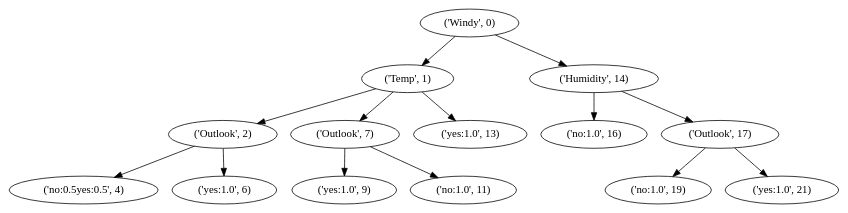
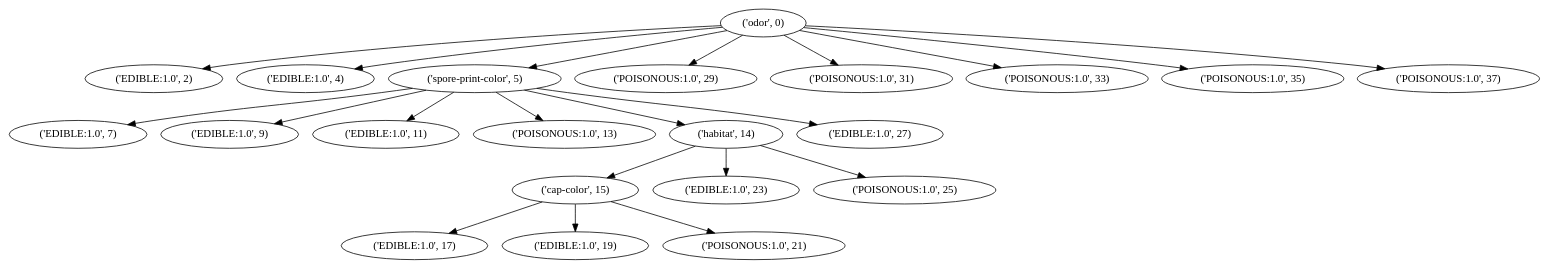
Before and after one commit to rafallewanczyk/ID3-grzyby: the diagram in test.dot, drawn with Graphviz. The commit also changed 3 other files, not shown here.

```diff
--- a/test.dot
+++ b/test.dot
@@ -1,15 +1,22 @@
 strict digraph "" {
-	"('Windy', 0)" -> "('Temp', 1)"	 [user_data=false];
-	"('Windy', 0)" -> "('Humidity', 14)"	 [user_data=true];
-	"('Temp', 1)" -> "('Outlook', 2)"	 [user_data=hot];
-	"('Temp', 1)" -> "('Outlook', 7)"	 [user_data=mild];
-	"('Temp', 1)" -> "('yes:1.0', 13)"	 [user_data=cool];
-	"('Outlook', 2)" -> "('no:0.5yes:0.5', 4)"	 [user_data=rainy];
-	"('Outlook', 2)" -> "('yes:1.0', 6)"	 [user_data=overcast];
-	"('Outlook', 7)" -> "('yes:1.0', 9)"	 [user_data=sunny];
-	"('Outlook', 7)" -> "('no:1.0', 11)"	 [user_data=rainy];
-	"('Humidity', 14)" -> "('no:1.0', 16)"	 [user_data=high];
-	"('Humidity', 14)" -> "('Outlook', 17)"	 [user_data=normal];
-	"('Outlook', 17)" -> "('no:1.0', 19)"	 [user_data=sunny];
-	"('Outlook', 17)" -> "('yes:1.0', 21)"	 [user_data=overcast];
+	"('odor', 0)" -> "('EDIBLE:1.0', 2)"	 [user_data=ALMOND];
+	"('odor', 0)" -> "('EDIBLE:1.0', 4)"	 [user_data=ANISE];
+	"('odor', 0)" -> "('spore-print-color', 5)"	 [user_data=NONE];
+	"('odor', 0)" -> "('POISONOUS:1.0', 29)"	 [user_data=PUNGENT];
+	"('odor', 0)" -> "('POISONOUS:1.0', 31)"	 [user_data=CREOSOTE];
+	"('odor', 0)" -> "('POISONOUS:1.0', 33)"	 [user_data=FOUL];
+	"('odor', 0)" -> "('POISONOUS:1.0', 35)"	 [user_data=FISHY];
+	"('odor', 0)" -> "('POISONOUS:1.0', 37)"	 [user_data=SPICY];
+	"('spore-print-color', 5)" -> "('EDIBLE:1.0', 7)"	 [user_data=BLACK];
+	"('spore-print-color', 5)" -> "('EDIBLE:1.0', 9)"	 [user_data=BROWN];
+	"('spore-print-color', 5)" -> "('EDIBLE:1.0', 11)"	 [user_data=CHOCOLATE];
+	"('spore-print-color', 5)" -> "('POISONOUS:1.0', 13)"	 [user_data=GREEN];
+	"('spore-print-color', 5)" -> "('habitat', 14)"	 [user_data=WHITE];
+	"('spore-print-color', 5)" -> "('EDIBLE:1.0', 27)"	 [user_data=YELLOW];
+	"('habitat', 14)" -> "('cap-color', 15)"	 [user_data=LEAVES];
+	"('habitat', 14)" -> "('EDIBLE:1.0', 23)"	 [user_data=WASTE];
+	"('habitat', 14)" -> "('POISONOUS:1.0', 25)"	 [user_data=WOODS];
+	"('cap-color', 15)" -> "('EDIBLE:1.0', 17)"	 [user_data=BROWN];
+	"('cap-color', 15)" -> "('EDIBLE:1.0', 19)"	 [user_data=CINNAMON];
+	"('cap-color', 15)" -> "('POISONOUS:1.0', 21)"	 [user_data=WHITE];
 }
```
